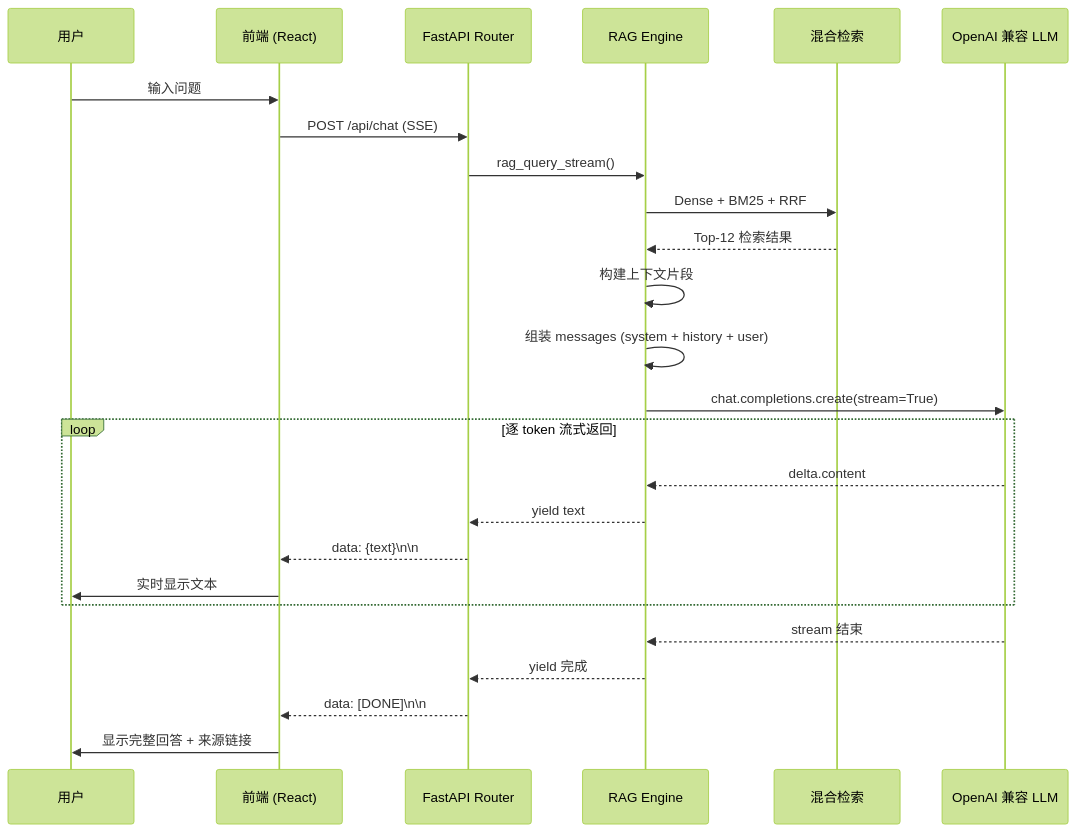
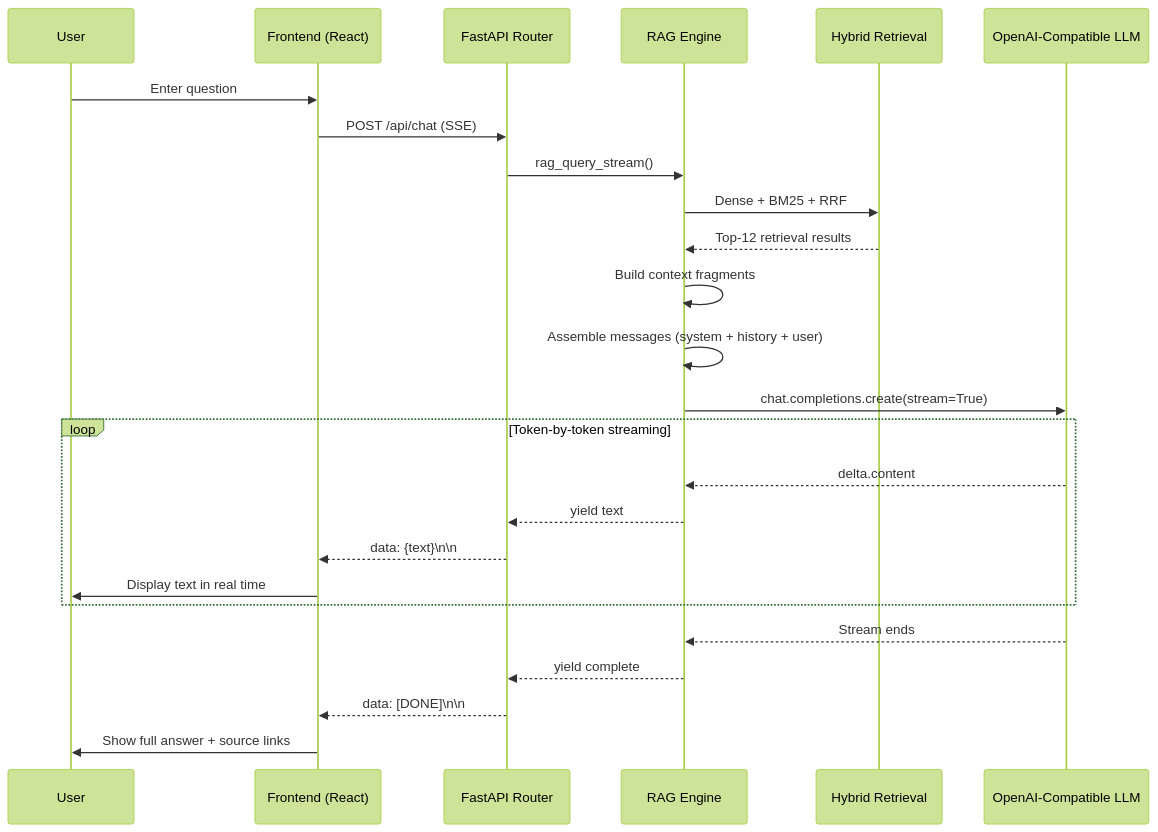
Before and after one commit to XUranus/dungeon: the first of 3 diagrams in docs/docs/rag/prompt-engineering.mdx, drawn with Mermaid (forest theme). The commit also changed other lines of this file and 75 other files, not shown here.

````diff
--- a/docs/docs/rag/prompt-engineering.mdx
+++ b/docs/docs/rag/prompt-engineering.mdx
@@ -18,33 +18,33 @@
 ```mermaid
 sequenceDiagram
-    participant U as 用户
-    participant FE as 前端 (React)
+    participant U as User
+    participant FE as Frontend (React)
     participant API as FastAPI Router
     participant RAG as RAG Engine
-    participant RET as 混合检索
-    participant LLM as OpenAI 兼容 LLM
+    participant RET as Hybrid Retrieval
+    participant LLM as OpenAI-Compatible LLM
 
-    U->>FE: 输入问题
+    U->>FE: Enter question
     FE->>API: POST /api/chat (SSE)
     API->>RAG: rag_query_stream()
 
     RAG->>RET: Dense + BM25 + RRF
-    RET-->>RAG: Top-12 检索结果
+    RET-->>RAG: Top-12 retrieval results
 
-    RAG->>RAG: 构建上下文片段
-    RAG->>RAG: 组装 messages (system + history + user)
+    RAG->>RAG: Build context fragments
+    RAG->>RAG: Assemble messages (system + history + user)
 
     RAG->>LLM: chat.completions.create(stream=True)
 
-    loop 逐 token 流式返回
+    loop Token-by-token streaming
         LLM-->>RAG: delta.content
         RAG-->>API: yield text
         API-->>FE: data: {text}\n\n
-        FE->>U: 实时显示文本
+        FE->>U: Display text in real time
     end
 
-    LLM-->>RAG: stream 结束
-    RAG-->>API: yield 完成
+    LLM-->>RAG: Stream ends
+    RAG-->>API: yield complete
     API-->>FE: data: [DONE]\n\n
-    FE->>U: 显示完整回答 + 来源链接
+    FE->>U: Show full answer + source links
 ```
````
